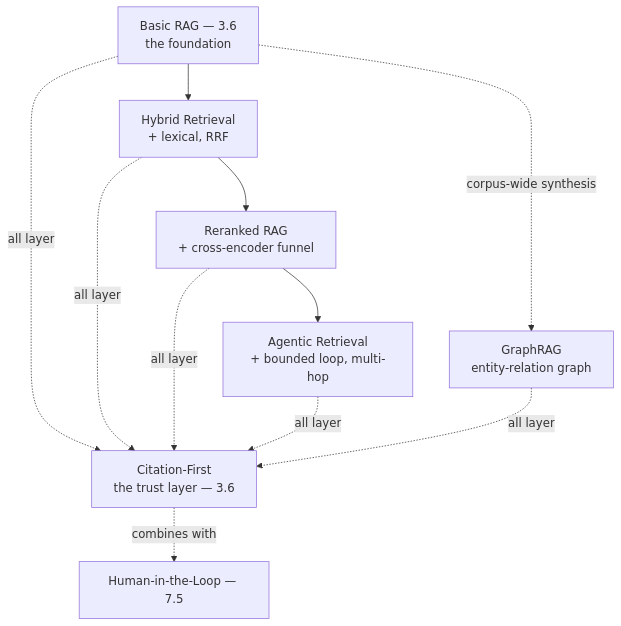
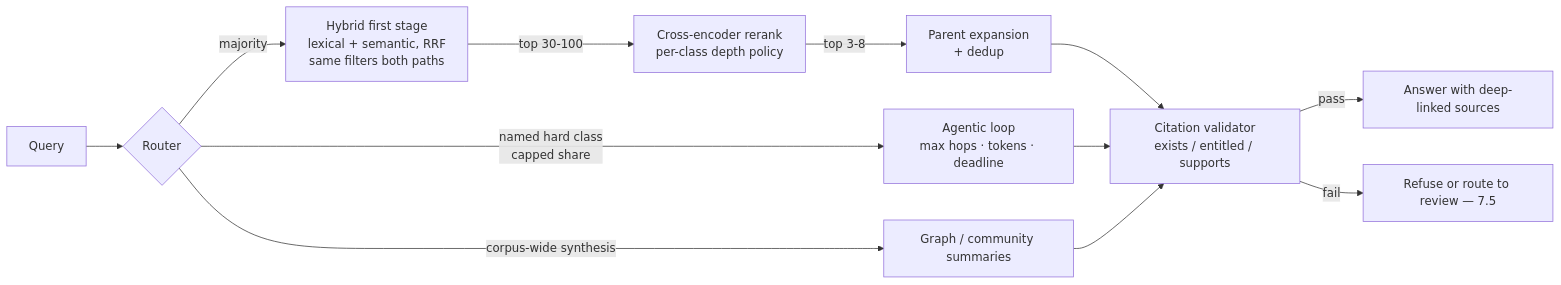
The diagram in curriculum/part-7-enterprise-ai-architecture-patterns/chapter-02-rag-patterns.md (sivakrushna-works/GSAC), drawn with Mermaid before and after one commit. The commit also changed other lines of this file and 11 other files, not shown here.

````diff
--- a/curriculum/part-7-enterprise-ai-architecture-patterns/chapter-02-rag-patterns.md
+++ b/curriculum/part-7-enterprise-ai-architecture-patterns/chapter-02-rag-patterns.md
@@ -100,9 +134,14 @@
 ```mermaid
-flowchart TD
-    BASIC[Basic RAG — 3.6<br/>the foundation] --> HYBRID[Hybrid Retrieval<br/>+ lexical, RRF]
-    HYBRID --> RERANK[Reranked RAG<br/>+ cross-encoder funnel]
-    RERANK --> AGENTIC[Agentic Retrieval<br/>+ bounded loop, multi-hop]
-    BASIC -.corpus-wide synthesis.-> GRAPH[GraphRAG<br/>entity-relation graph]
-    BASIC & HYBRID & RERANK & AGENTIC & GRAPH -.all layer.-> CITATION[Citation-First<br/>the trust layer — 3.6]
-    CITATION -.combines with.-> HITL[Human-in-the-Loop — 7.5]
+flowchart LR
+    Q[Query] --> R{Router}
+    R -->|majority| H[Hybrid first stage<br/>lexical + semantic, RRF<br/>same filters both paths]
+    H -->|top 30-100| RK[Cross-encoder rerank<br/>per-class depth policy]
+    RK -->|top 3-8| PC[Parent expansion<br/>+ dedup]
+    R -->|named hard class<br/>capped share| AG[Agentic loop<br/>max hops · tokens · deadline]
+    R -->|corpus-wide synthesis| GR[Graph / community summaries]
+    PC --> CIT[Citation validator<br/>exists / entitled / supports]
+    AG --> CIT
+    GR --> CIT
+    CIT -->|pass| ANS[Answer with deep-linked sources]
+    CIT -->|fail| REF[Refuse or route to review — 7.5]
 ```
````
